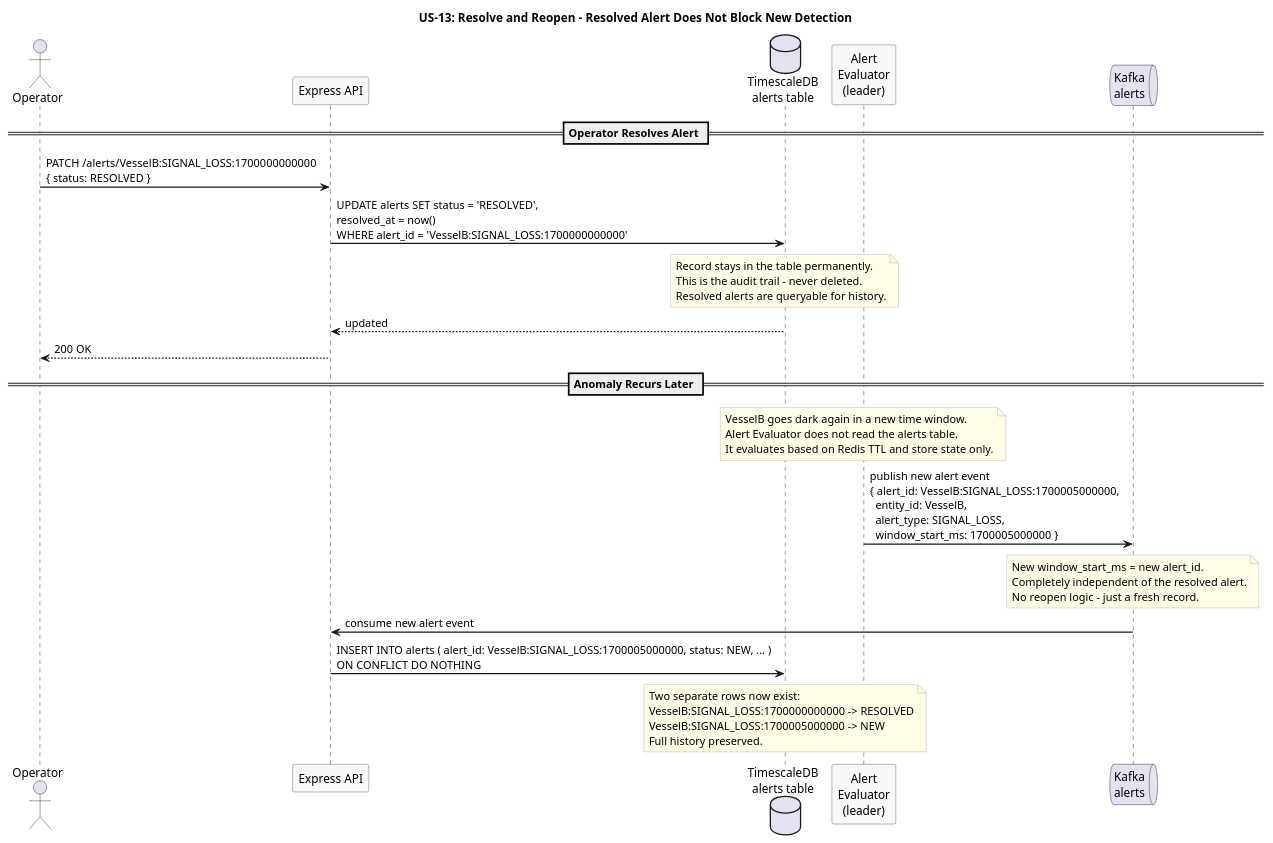
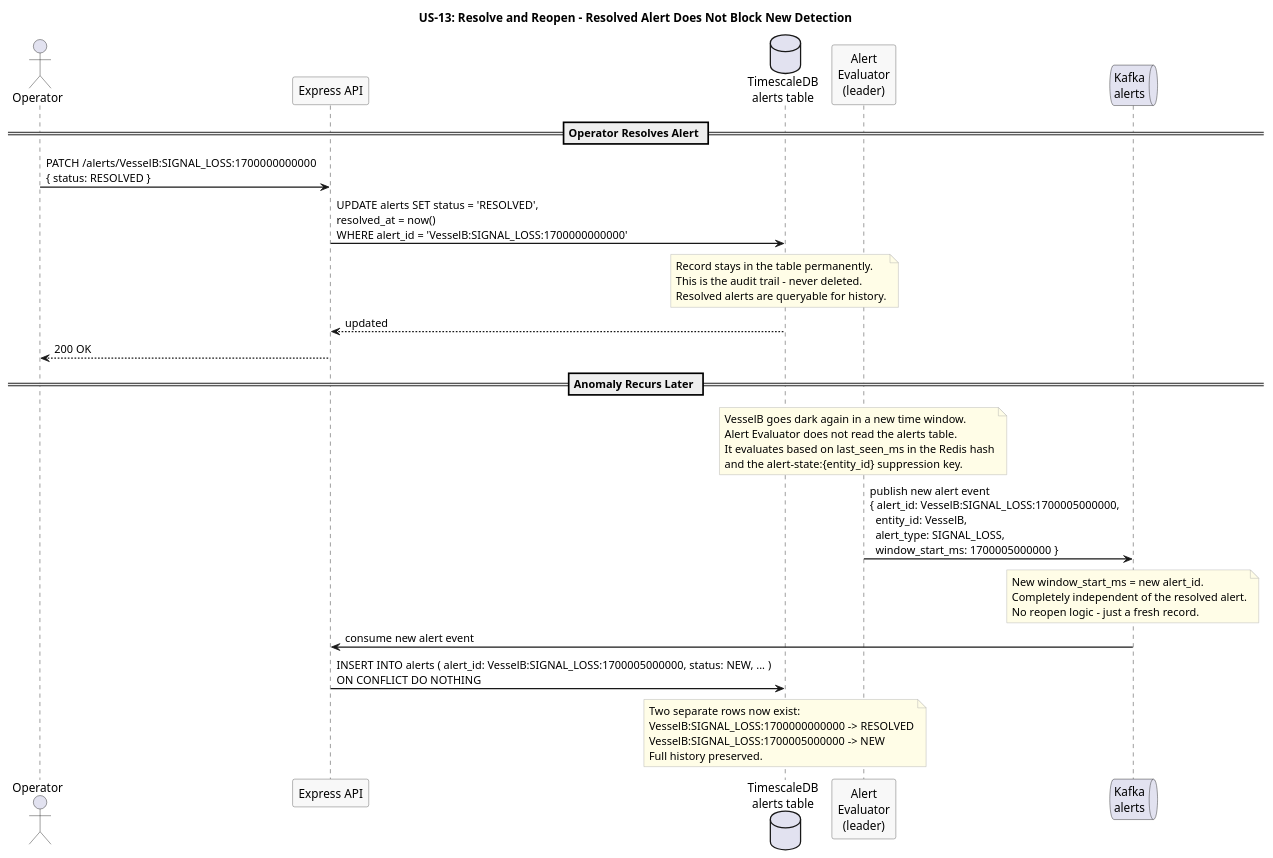
The diagram in docs/use-cases/US-13-alert-lifecycle/resolve-and-reopen.puml (Buffden/sentinel), drawn with PlantUML before and after one commit. The commit also changed 6 other files, not shown here.

```diff
--- a/docs/use-cases/US-13-alert-lifecycle/resolve-and-reopen.puml
+++ b/docs/use-cases/US-13-alert-lifecycle/resolve-and-reopen.puml
@@ -1,57 +1,58 @@
 @startuml resolve-and-reopen
 title US-13: Resolve and Reopen - Resolved Alert Does Not Block New Detection
 
 skinparam sequenceArrowThickness 1.5
 skinparam participantBorderColor #555555
 skinparam participantBackgroundColor #F8F8F8
 skinparam noteBorderColor #AAAAAA
 skinparam noteBackgroundColor #FFFDE7
 
 actor Operator
 participant "Express API" as API
 database "TimescaleDB\nalerts table" as TSDB
 participant "Alert\nEvaluator\n(leader)" as Evaluator
 queue "Kafka\nalerts" as Kafka
 
 == Operator Resolves Alert ==
 
 Operator -> API : PATCH /alerts/VesselB:SIGNAL_LOSS:1700000000000\n{ status: RESOLVED }
 
 API -> TSDB : UPDATE alerts SET status = 'RESOLVED',\nresolved_at = now()\nWHERE alert_id = 'VesselB:SIGNAL_LOSS:1700000000000'
 
 note over TSDB
   Record stays in the table permanently.
   This is the audit trail - never deleted.
   Resolved alerts are queryable for history.
 end note
 
 TSDB --> API : updated
 API --> Operator : 200 OK
 
 == Anomaly Recurs Later ==
 
 note over Evaluator
   VesselB goes dark again in a new time window.
   Alert Evaluator does not read the alerts table.
-  It evaluates based on Redis TTL and store state only.
+  It evaluates based on last_seen_ms in the Redis hash
+  and the alert-state:{entity_id} suppression key.
 end note
 
 Evaluator -> Kafka : publish new alert event\n{ alert_id: VesselB:SIGNAL_LOSS:1700005000000,\n  entity_id: VesselB,\n  alert_type: SIGNAL_LOSS,\n  window_start_ms: 1700005000000 }
 
 note over Kafka
   New window_start_ms = new alert_id.
   Completely independent of the resolved alert.
   No reopen logic - just a fresh record.
 end note
 
 Kafka -> API : consume new alert event
 API -> TSDB : INSERT INTO alerts ( alert_id: VesselB:SIGNAL_LOSS:1700005000000, status: NEW, ... )\nON CONFLICT DO NOTHING
 
 note over TSDB
   Two separate rows now exist:
   VesselB:SIGNAL_LOSS:1700000000000 -> RESOLVED
   VesselB:SIGNAL_LOSS:1700005000000 -> NEW
   Full history preserved.
 end note
 
 @enduml
```
